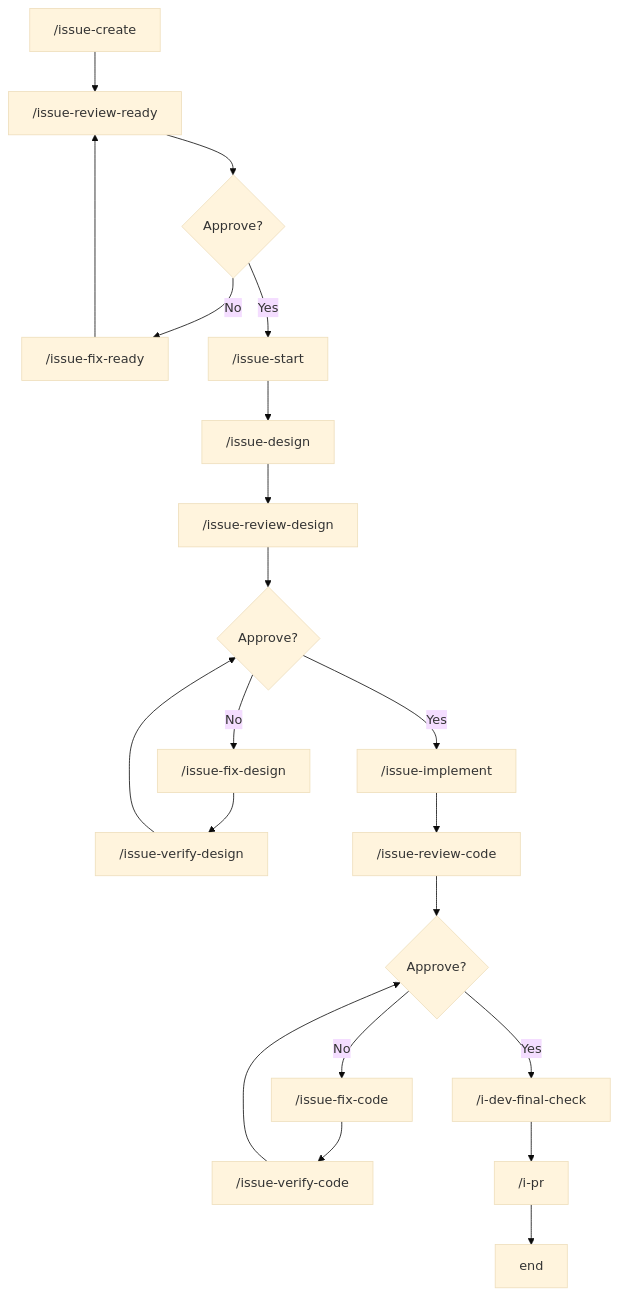
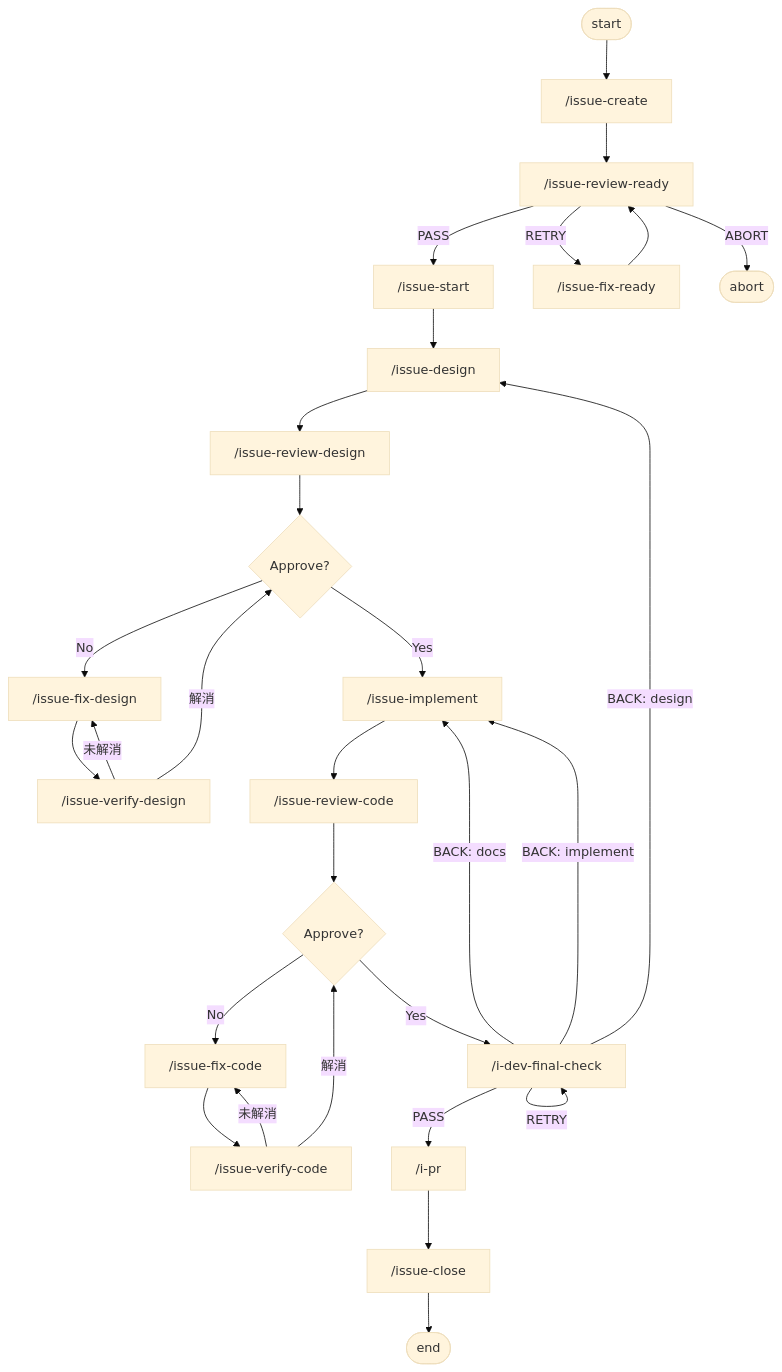
One commit to apokamo/kaji changed the first of 2 diagrams in docs/dev/development_workflow.md. Above: the diagram before and after it, drawn with Mermaid (base theme). The commit also changed other lines of this file and 16 other files, not shown here.

First line of the commit message:
refactor: migrate final-check / docs workflow / i-pr skills to kamo2 version for #148

````diff
--- a/docs/dev/development_workflow.md
+++ b/docs/dev/development_workflow.md
@@ -7,26 +16,31 @@
 ```mermaid
 flowchart TB
-    A["/issue-create"] --> RR["/issue-review-ready"]
-    RR --> RR2{Approve?}
-    RR2 -->|No| RF["/issue-fix-ready"]
-    RF --> RR
-    RR2 -->|Yes| B["/issue-start"]
-    B --> C["/issue-design"]
-
-    C --> C1["/issue-review-design"]
-    C1 --> C2{Approve?}
-    C2 -->|No| C3["/issue-fix-design"]
-    C3 --> C4["/issue-verify-design"]
-    C4 --> C2
-    C2 -->|Yes| D
-
-    D["/issue-implement"]
-    D --> D1["/issue-review-code"]
-    D1 --> D2{Approve?}
-    D2 -->|No| D3["/issue-fix-code"]
-    D3 --> D4["/issue-verify-code"]
-    D4 --> D2
-    D2 -->|Yes| FC
-
-    FC["/i-dev-final-check"] --> E["/i-pr"] --> F["end"]
+    start([start]) --> cr["/issue-create"]
+    cr --> rr["/issue-review-ready"]
+    rr -->|PASS| s1["/issue-start"]
+    rr -->|RETRY| rf["/issue-fix-ready"]
+    rf --> rr
+    rr -->|ABORT| abort([abort])
+    s1 --> d1["/issue-design"]
+    d1 --> d2["/issue-review-design"]
+    d2 --> d2a{Approve?}
+    d2a -->|No| d3["/issue-fix-design"]
+    d3 --> d4["/issue-verify-design"]
+    d4 -->|未解消| d3
+    d4 -->|解消| d2a
+    d2a -->|Yes| d5["/issue-implement"]
+    d5 --> d6["/issue-review-code"]
+    d6 --> d6a{Approve?}
+    d6a -->|No| d7["/issue-fix-code"]
+    d7 --> d8["/issue-verify-code"]
+    d8 -->|未解消| d7
+    d8 -->|解消| d6a
+    d6a -->|Yes| d9["/i-dev-final-check"]
+    d9 -->|PASS| pr["/i-pr"]
+    d9 -->|RETRY| d9
+    d9 -->|BACK: docs| d5
+    d9 -->|BACK: implement| d5
+    d9 -->|BACK: design| d1
+    pr --> close["/issue-close"]
+    close --> done([end])
 ```
````
